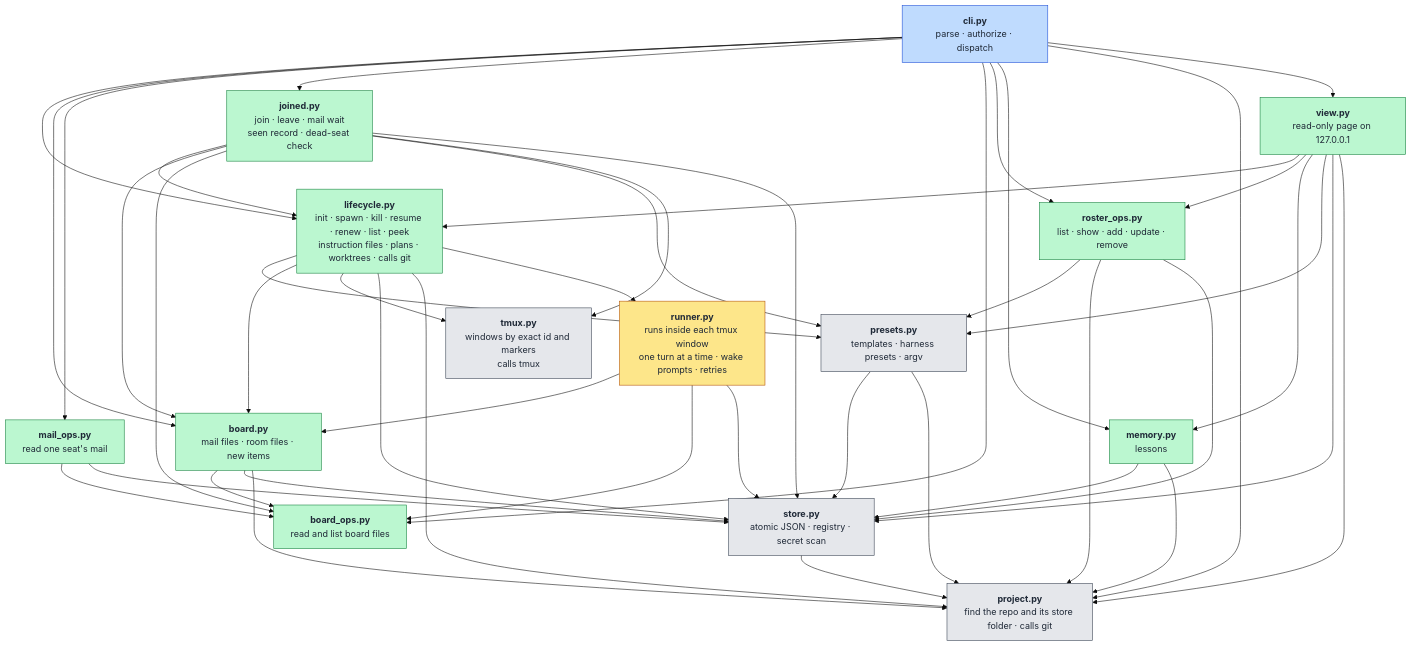
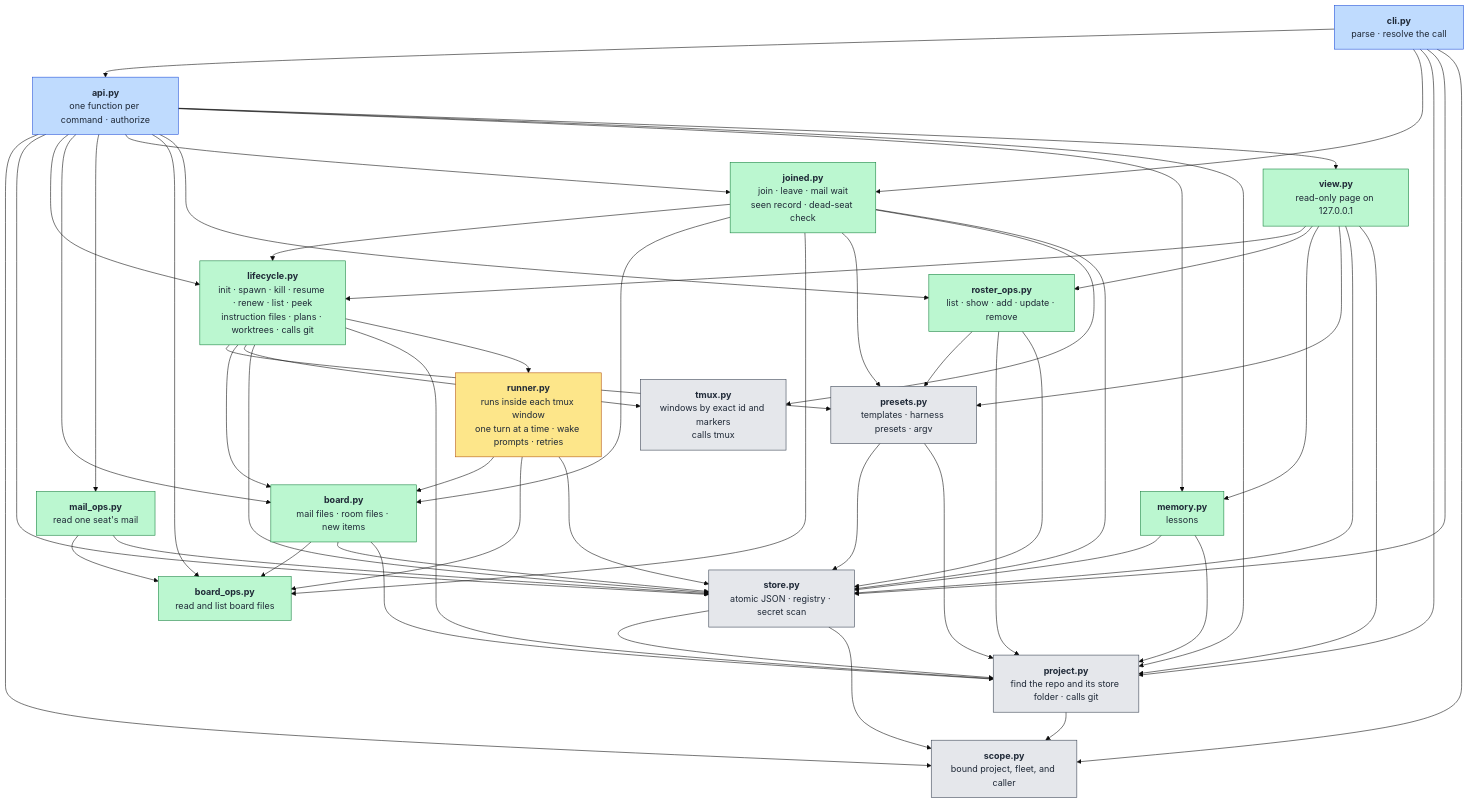
Before and after one commit to TiantianFlow/foil: the first of 2 diagrams in docs/architecture.md, drawn with Mermaid (base theme). The commit also changed other lines of this file and 17 other files, not shown here.

First line of the commit message:
Add foil.api with an explicit project, fleet, and caller. (#112) (#133)

````diff
--- a/docs/architecture.md
+++ b/docs/architecture.md
@@ -33,6 +35,7 @@
 ```mermaid
 flowchart TB
-  cli["<b>cli.py</b><br/>parse · authorize · dispatch"]
+  cli["<b>cli.py</b><br/>parse · resolve the call"]
+  api["<b>api.py</b><br/>one function per command · authorize"]
 
   lifecycle["<b>lifecycle.py</b><br/>init · spawn · kill · resume · renew · list · peek<br/>instruction files · plans · worktrees · calls git"]
   board["<b>board.py</b><br/>mail files · room files · new items"]
@@ -48,24 +51,32 @@
   store["<b>store.py</b><br/>atomic JSON · registry · secret scan"]
 
   project["<b>project.py</b><br/>find the repo and its store folder · calls git"]
+  scope["<b>scope.py</b><br/>bound project, fleet, and caller"]
 
   runner["<b>runner.py</b><br/>runs inside each tmux window<br/>one turn at a time · wake prompts · retries"]
 
-  cli --> lifecycle
-  cli --> board
-  cli --> mail_ops
+  cli --> api
   cli --> joined
+  cli --> project
+  cli --> store
+  cli --> scope
+  api --> scope
+  api --> store
+  api --> lifecycle
+  api --> board
+  api --> mail_ops
+  api --> joined
   joined --> lifecycle
   joined --> board
   joined --> board_ops
   joined --> presets
   joined --> tmuxmod
   joined --> store
-  cli --> board_ops
-  cli --> roster_ops
-  cli --> memory
-  cli --> project
-  cli --> view
+  api --> board_ops
+  api --> roster_ops
+  api --> memory
+  api --> project
+  api --> view
   view --> lifecycle
   view --> roster_ops
   view --> memory
@@ -94,13 +105,15 @@
   presets --> store
   presets --> project
   store --> project
+  store --> scope
+  project --> scope
 
   classDef entry fill:#bfdbfe,stroke:#1d4ed8,color:#1f2937
   classDef core fill:#bbf7d0,stroke:#15803d,color:#1f2937
   classDef base fill:#e5e7eb,stroke:#374151,color:#1f2937
   classDef apart fill:#fde68a,stroke:#b45309,color:#1f2937
-  class cli entry
+  class cli,api entry
   class lifecycle,board,mail_ops,joined,board_ops,roster_ops,memory,view core
-  class presets,tmuxmod,store,project base
+  class presets,tmuxmod,store,project,scope base
   class runner apart
 ```
````
